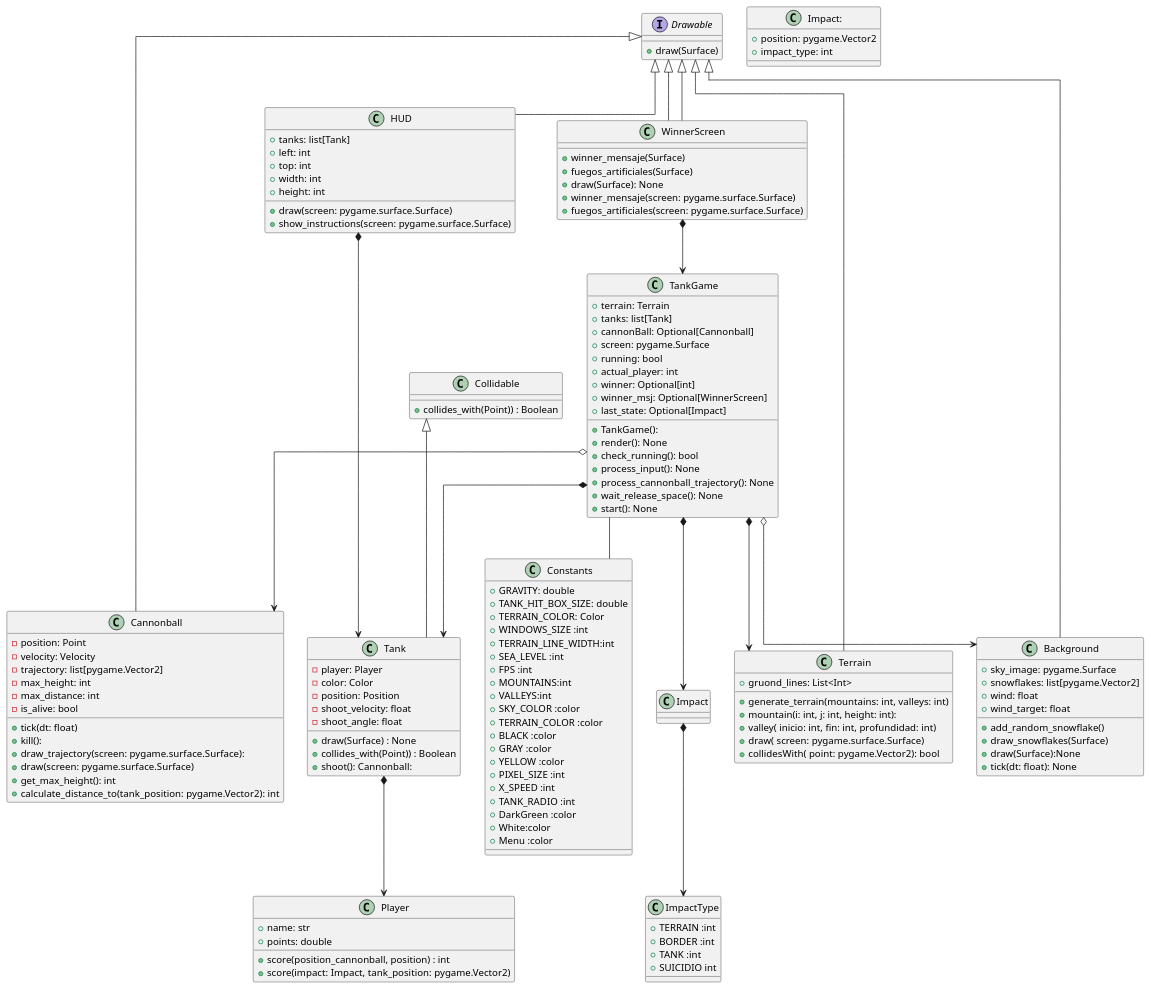
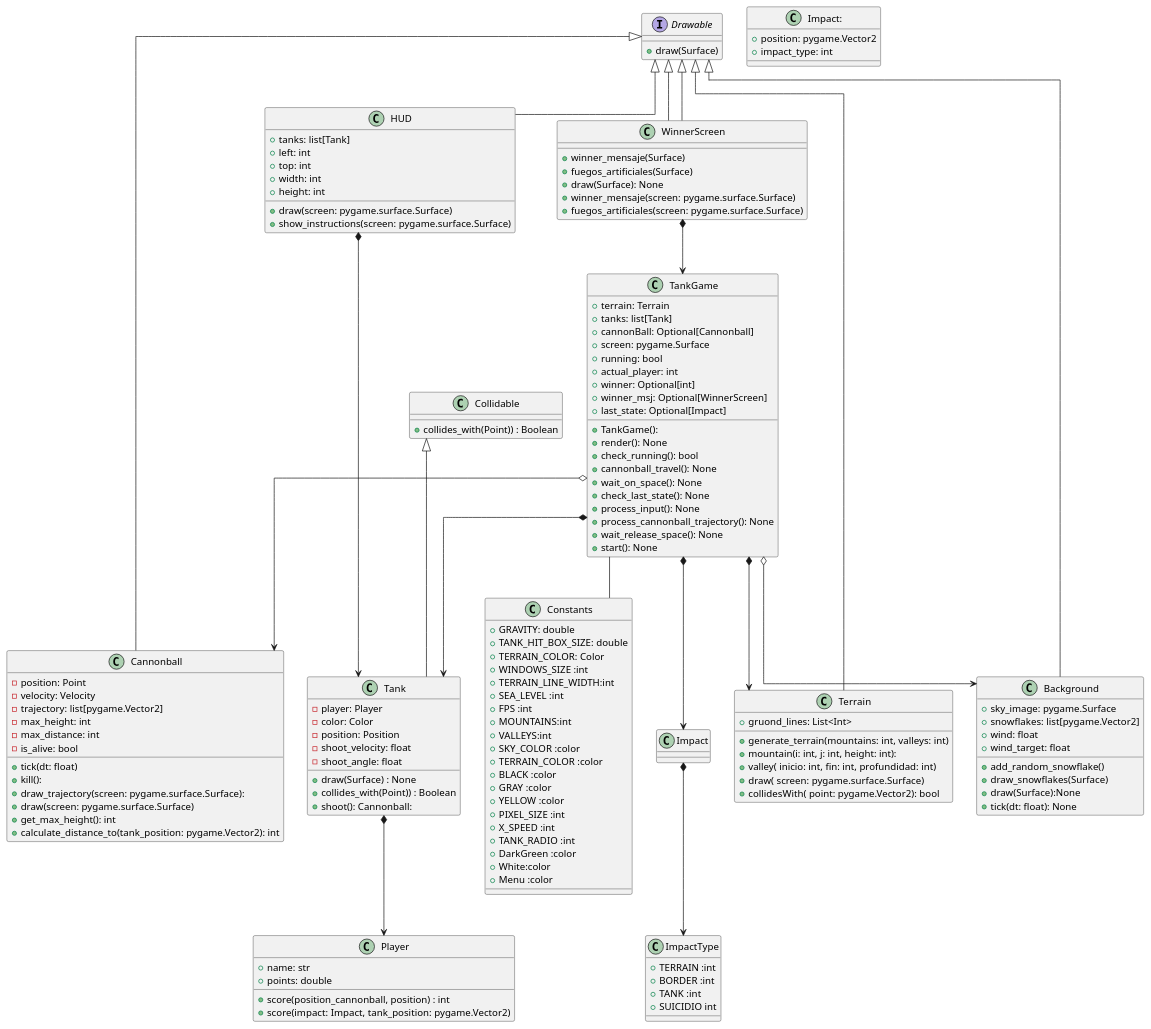
One commit to fraco-oxza/tankGame changed the diagram in uml/entire.plantuml. Above: the diagram before and after it, drawn with PlantUML. The commit also changed 1 other file, not shown here.

```diff
--- a/uml/entire.plantuml
+++ b/uml/entire.plantuml
@@ -1,161 +1,163 @@
 @startuml
 
 top to bottom direction
 skinparam linetype ortho
 
-' Fco
 class TankGame {
     + terrain: Terrain
     + tanks: list[Tank]
     + cannonBall: Optional[Cannonball]
     + screen: pygame.Surface
     + running: bool
     + actual_player: int
     + winner: Optional[int]
     +winner_msj: Optional[WinnerScreen]
     +last_state: Optional[Impact]
 
     + TankGame():
     + render(): None
     + check_running(): bool
+    + cannonball_travel(): None
+    + wait_on_space(): None
+    + check_last_state(): None
     + process_input(): None
     + process_cannonball_trajectory(): None
     + wait_release_space(): None
     + start(): None
 
 }
 
 class Cannonball extends Drawable {
     - position: Point
     - velocity: Velocity
     - trajectory: list[pygame.Vector2]
     - max_height: int
     - max_distance: int
     - is_alive: bool
 
     +tick(dt: float)
     +kill():
     +draw_trajectory(screen: pygame.surface.Surface):
     +draw(screen: pygame.surface.Surface)
     +get_max_height(): int
     +calculate_distance_to(tank_position: pygame.Vector2): int
 
 
 
 }
 
 interface Drawable {
     + draw(Surface)
 }
 
 class HUD extends Drawable{
     + tanks: list[Tank]
     + left: int
     + top: int
     + width: int
     + height: int
  +draw(screen: pygame.surface.Surface)
  +show_instructions(screen: pygame.surface.Surface)
 
  }
 class WinnerScreen extends Drawable{
     +winner_mensaje(Surface)
     +fuegos_artificiales(Surface)
     +draw(Surface): None
 }
 
 class Terrain extends Drawable {
     +gruond_lines: List<Int>
 
     + generate_terrain(mountains: int, valleys: int)
     +mountain(i: int, j: int, height: int):
     +valley( inicio: int, fin: int, profundidad: int)
     +draw( screen: pygame.surface.Surface)
     +collidesWith( point: pygame.Vector2): bool
 }
 class Collidable {
  +collides_with(Point)) : Boolean
 }
 
 class Background extends Drawable{
     +sky_image: pygame.Surface
     +snowflakes: list[pygame.Vector2]
     +wind: float
     +wind_target: float
 
     + add_random_snowflake()
     + draw_snowflakes(Surface)
     + draw(Surface):None
     +tick(dt: float): None
 
 }
 class Tank extends Collidable  {
     - player: Player
     - color: Color
     - position: Position
     -shoot_velocity: float
     -shoot_angle: float
 
     +draw(Surface) : None
     +collides_with(Point)) : Boolean
     +shoot(): Cannonball:
 }
 
 class Player {
     +name: str
     + points: double
     +score(position_cannonball, position) : int
     +score(impact: Impact, tank_position: pygame.Vector2)
 }
 class WinnerScreen extends Drawable
 {
     +winner_mensaje(screen: pygame.surface.Surface)
     +fuegos_artificiales(screen: pygame.surface.Surface)
 }
 class Impact:
 {
     +position: pygame.Vector2
     +impact_type: int
 
 }
 
 class Constants {
     + GRAVITY: double
     + TANK_HIT_BOX_SIZE: double
     + TERRAIN_COLOR: Color
     + WINDOWS_SIZE :int
     + TERRAIN_LINE_WIDTH:int
     + SEA_LEVEL :int
     + FPS :int
     +MOUNTAINS:int
     +VALLEYS:int
     +SKY_COLOR :color
     +TERRAIN_COLOR :color
     +BLACK :color
     +GRAY :color
     +YELLOW :color
     +PIXEL_SIZE :int
     +X_SPEED :int
     +TANK_RADIO :int
     +DarkGreen :color
     +White:color
     +Menu :color
 }
 class ImpactType{
     +TERRAIN :int
     +BORDER :int
     +TANK :int
     +SUICIDIO int
 }
 TankGame -- Constants
 WinnerScreen *-->  TankGame
 TankGame *--> Tank
 TankGame o--> Cannonball
 TankGame *--> Terrain
 TankGame o-->Background
 Tank *--> Player
 HUD *--> Tank
 Impact *-->ImpactType
 TankGame *-->Impact
 
 @enduml
```
